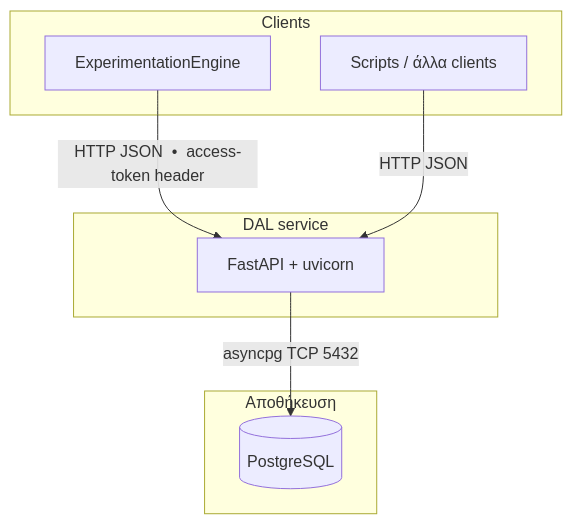
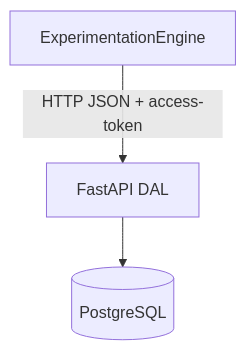
One commit to xampos101/DAL changed the first of 3 diagrams in docs/GUIDE.md. Above: the diagram before and after it, drawn with Mermaid. The commit also changed other lines of this file and 6 other files, not shown here.

````diff
--- a/docs/GUIDE.md
+++ b/docs/GUIDE.md
@@ -8,19 +15,5 @@
 ```mermaid
 flowchart TB
-  subgraph external [Clients]
-    Engine[ExperimentationEngine]
-    Scripts[Scripts / άλλα clients]
-  end
-
-  subgraph dal [DAL service]
-    FastAPI[FastAPI + uvicorn]
-  end
-
-  subgraph db [Αποθήκευση]
-    PG[(PostgreSQL)]
-  end
-
-  Engine -->|"HTTP JSON  •  access-token header"| FastAPI
-  Scripts -->|"HTTP JSON"| FastAPI
-  FastAPI -->|"asyncpg TCP 5432"| PG
+  Engine[ExperimentationEngine] -->|"HTTP JSON + access-token"| DAL[FastAPI DAL]
+  DAL --> PG[(PostgreSQL)]
 ```
````
